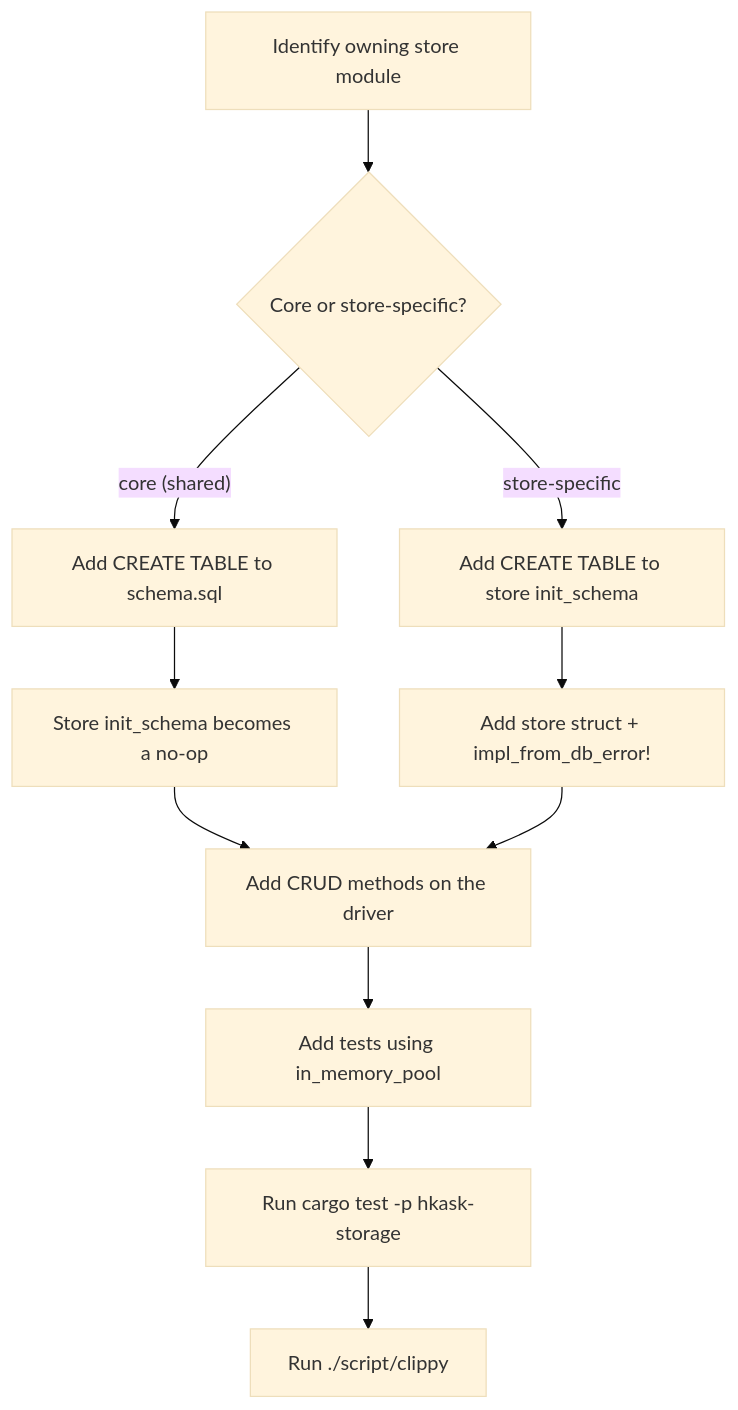
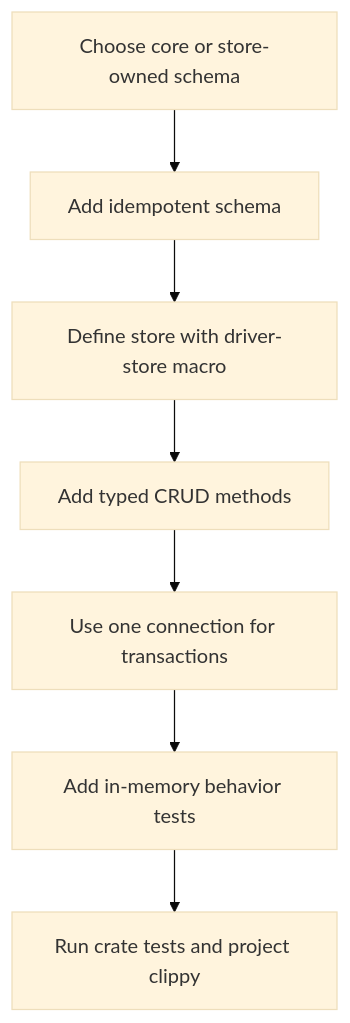
The first of 2 diagrams in kask/docs/diataxis/hkask-storage/how-to.md (mdz-axo/zed-kask), drawn with Mermaid (base theme) before and after one commit. The commit also changed other lines of this file and 12 other files, not shown here.

````diff
--- a/kask/docs/diataxis/hkask-storage/how-to.md
+++ b/kask/docs/diataxis/hkask-storage/how-to.md
@@ -47,13 +20,9 @@
 ```mermaid
 flowchart TD
-    A["Identify owning store module"] --> B{"Core or store-specific?"}
-    B -- "core (shared)" --> C["Add CREATE TABLE to schema.sql"]
-    B -- "store-specific" --> D["Add CREATE TABLE to store init_schema"]
-    C --> E["Store init_schema becomes a no-op"]
-    D --> F["Add store struct + impl_from_db_error!"]
-    E --> G["Add CRUD methods on the driver"]
-    F --> G
-    G --> H["Add tests using in_memory_pool"]
-    H --> I["Run cargo test -p hkask-storage"]
-    I --> J["Run ./script/clippy"]
+    A[Choose core or store-owned schema] --> B[Add idempotent schema]
+    B --> C[Define store with driver-store macro]
+    C --> D[Add typed CRUD methods]
+    D --> E[Use one connection for transactions]
+    E --> F[Add in-memory behavior tests]
+    F --> G[Run crate tests and project clippy]
 ```
````
